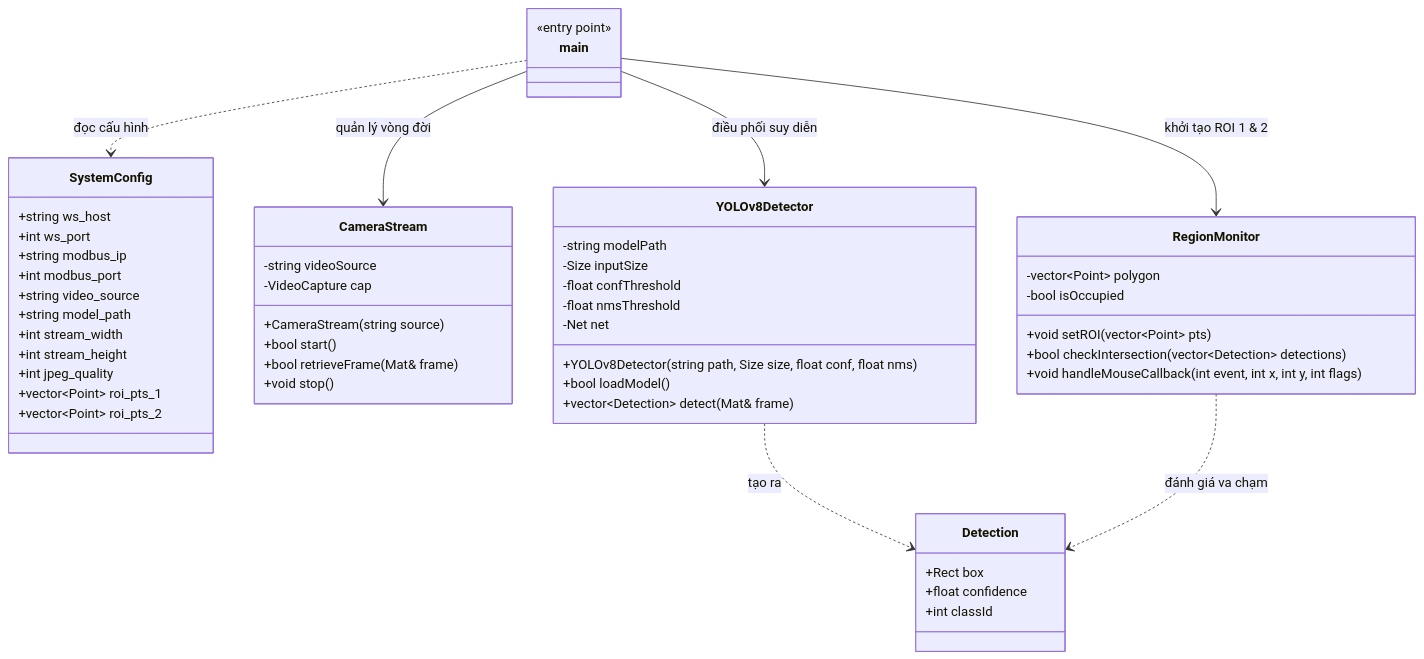
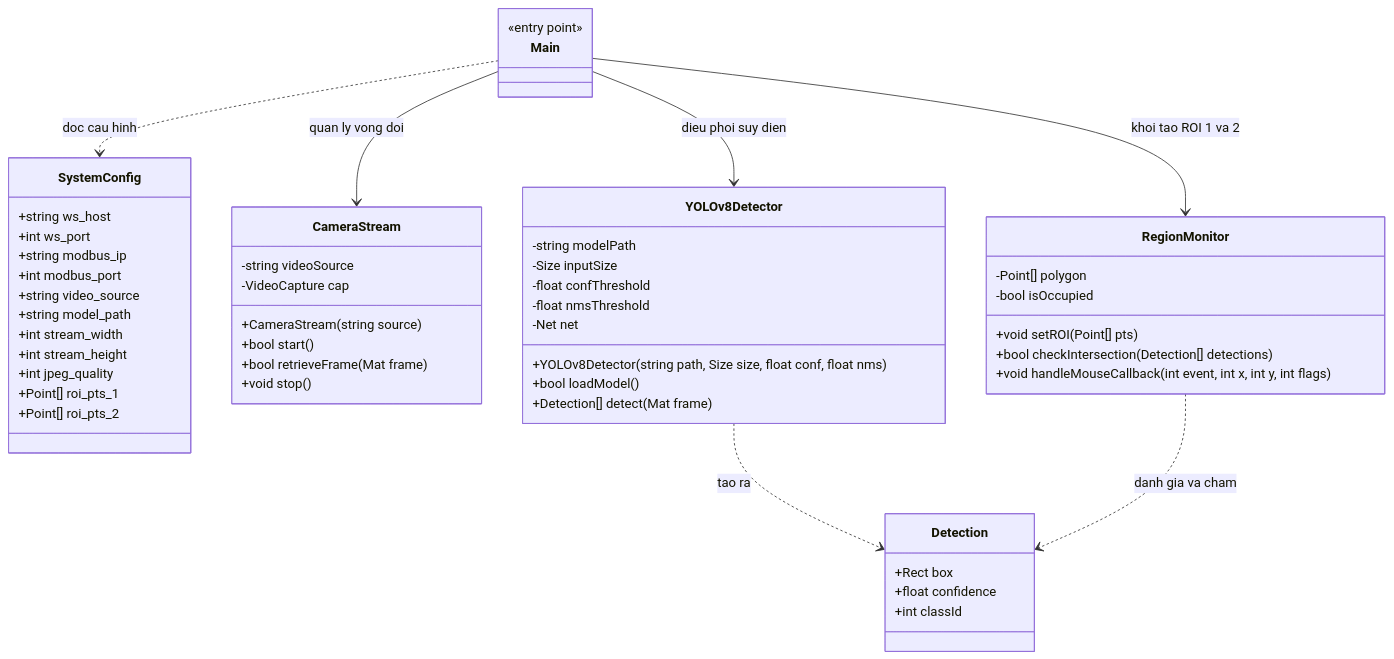
The second of 4 diagrams in README.md (duchoang206/Machine-Vision-Tutorial), drawn with Mermaid before and after one commit. The commit also changed other lines of this file, not shown here.

````diff
--- a/README.md
+++ b/README.md
@@ -191,61 +135,61 @@
 ```mermaid
 classDiagram
     class SystemConfig {
         +string ws_host
         +int ws_port
         +string modbus_ip
         +int modbus_port
         +string video_source
         +string model_path
         +int stream_width
         +int stream_height
         +int jpeg_quality
-        +vector~Point~ roi_pts_1
-        +vector~Point~ roi_pts_2
+        +Point[] roi_pts_1
+        +Point[] roi_pts_2
     }
 
     class CameraStream {
         -string videoSource
         -VideoCapture cap
         +CameraStream(string source)
         +bool start()
-        +bool retrieveFrame(Mat& frame)
+        +bool retrieveFrame(Mat frame)
         +void stop()
     }
 
     class YOLOv8Detector {
         -string modelPath
         -Size inputSize
         -float confThreshold
         -float nmsThreshold
         -Net net
         +YOLOv8Detector(string path, Size size, float conf, float nms)
         +bool loadModel()
-        +vector~Detection~ detect(Mat& frame)
+        +Detection[] detect(Mat frame)
     }
 
     class Detection {
         +Rect box
         +float confidence
         +int classId
     }
 
     class RegionMonitor {
-        -vector~Point~ polygon
+        -Point[] polygon
         -bool isOccupied
-        +void setROI(vector~Point~ pts)
-        +bool checkIntersection(vector~Detection~ detections)
+        +void setROI(Point[] pts)
+        +bool checkIntersection(Detection[] detections)
         +void handleMouseCallback(int event, int x, int y, int flags)
     }
 
-    class main {
+    class Main {
         <<entry point>>
     }
 
-    main ..> SystemConfig : đọc cấu hình
-    main --> CameraStream : quản lý vòng đời
-    main --> YOLOv8Detector : điều phối suy diễn
-    main --> RegionMonitor : khởi tạo ROI 1 & 2
-    YOLOv8Detector ..> Detection : tạo ra
-    RegionMonitor ..> Detection : đánh giá va chạm
+    Main ..> SystemConfig : doc cau hinh
+    Main --> CameraStream : quan ly vong doi
+    Main --> YOLOv8Detector : dieu phoi suy dien
+    Main --> RegionMonitor : khoi tao ROI 1 va 2
+    YOLOv8Detector ..> Detection : tao ra
+    RegionMonitor ..> Detection : danh gia va cham
 ```
````
